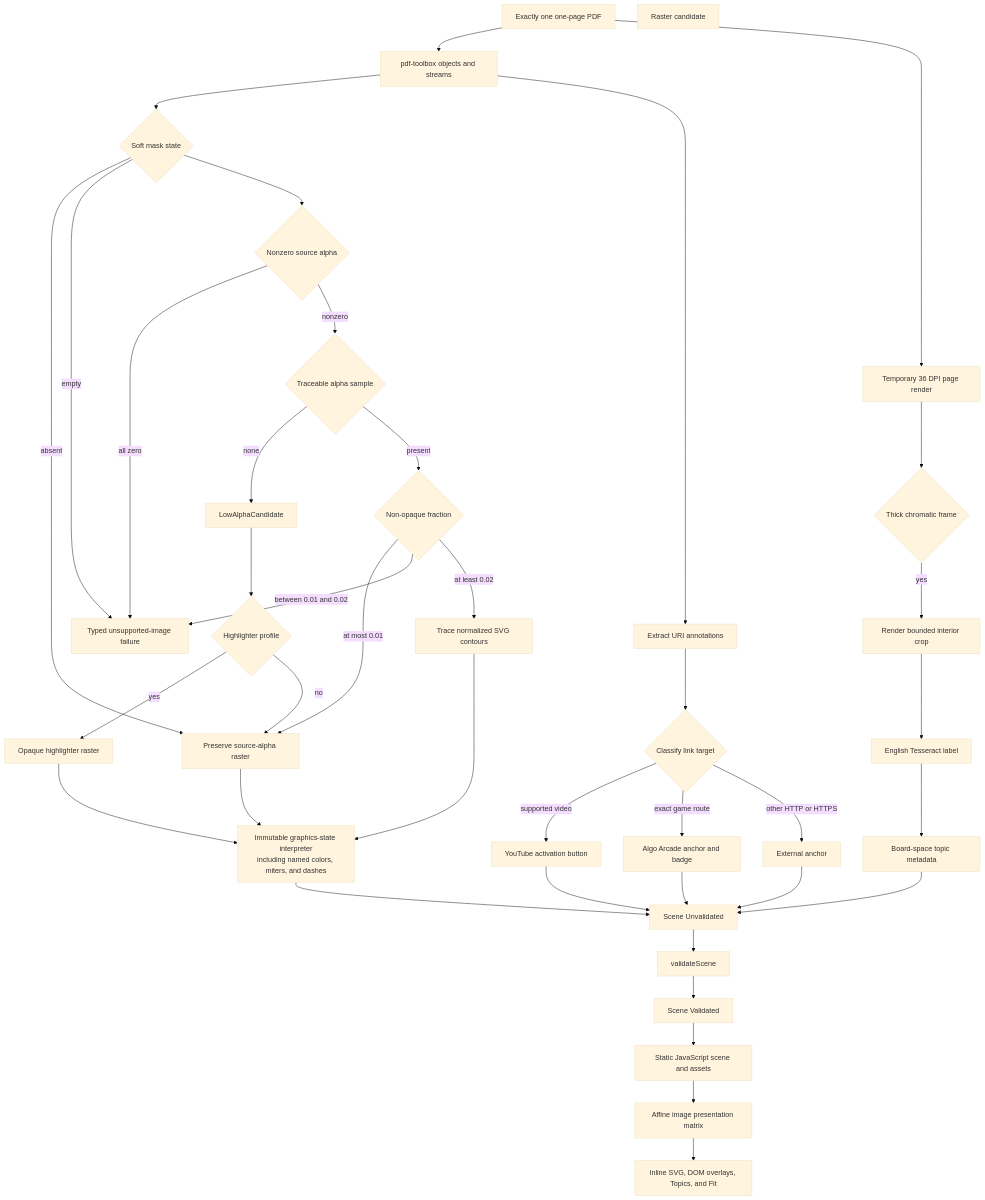
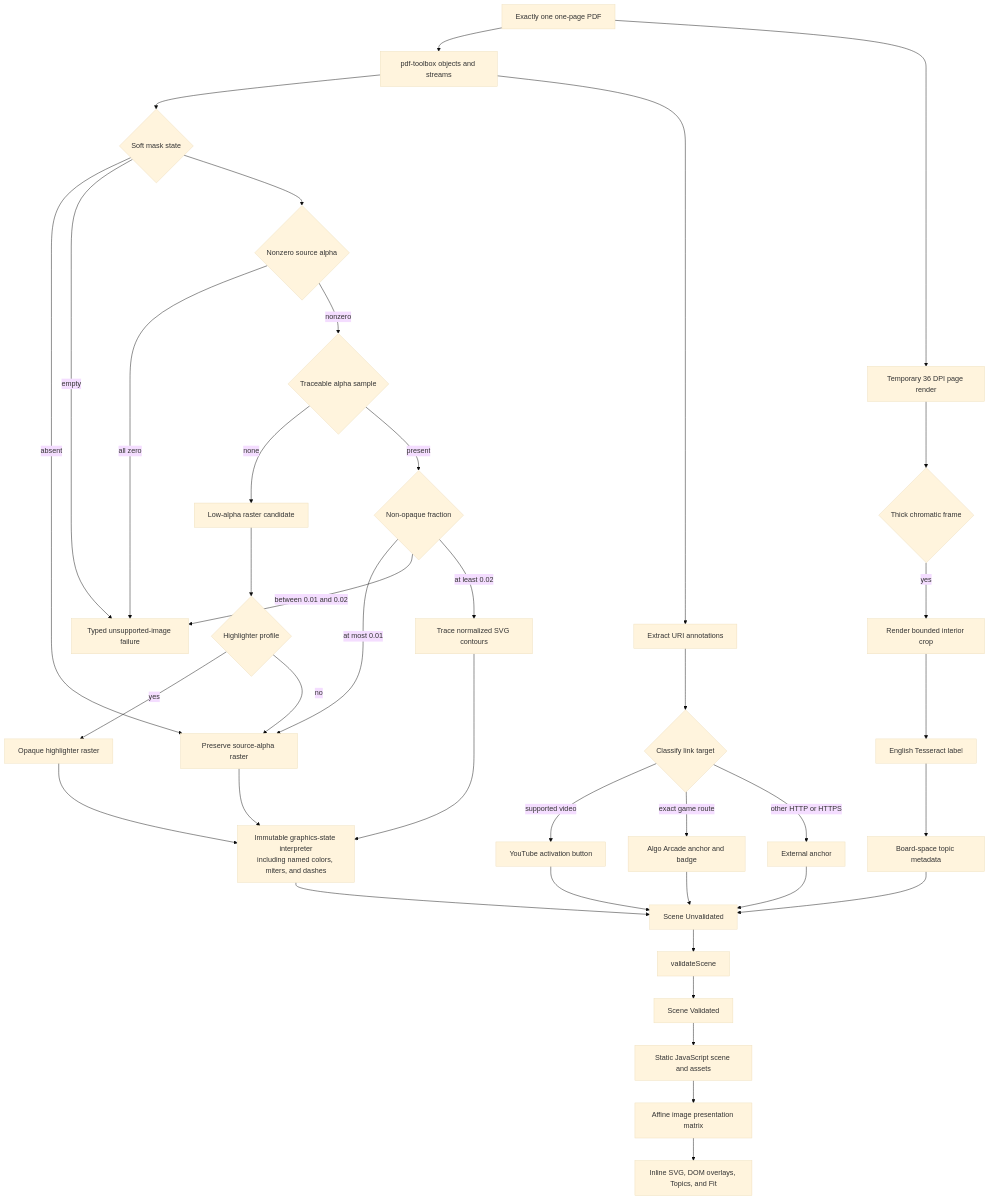
Before and after one commit to bajor/notes-website-factory: the third of 3 diagrams in docs/architecture.md, drawn with Mermaid (base theme). The commit also changed 9 other files, not shown here.

````diff
--- a/docs/architecture.md
+++ b/docs/architecture.md
@@ -81,60 +81,60 @@
 ```mermaid
 flowchart TD
   Input[Exactly one one-page PDF]
   Parse[pdf-toolbox objects and streams]
   Mask{Soft mask state}
   SourceAlpha{Nonzero source alpha}
   Traceable{Traceable alpha sample}
   Fraction{Non-opaque fraction}
-  RasterCandidate[Raster candidate]
+  LowAlphaCandidate[Low-alpha raster candidate]
   Highlighter{Highlighter profile}
   Raster[Preserve source-alpha raster]
   OpaqueMarker[Opaque highlighter raster]
   Vector[Trace normalized SVG contours]
   Reject[Typed unsupported-image failure]
   Links[Extract URI annotations]
   DetectRender[Temporary 36 DPI page render]
   Frame{Thick chromatic frame}
   Crop[Render bounded interior crop]
   OCR[English Tesseract label]
   Topic[Board-space topic metadata]
   Target{Classify link target}
   YouTube[YouTube activation button]
   Game[Algo Arcade anchor and badge]
   External[External anchor]
   Interpret[Immutable graphics-state interpreter<br/>including named colors, miters, and dashes]
   Raw[Scene Unvalidated]
   Validate[validateScene]
   Valid[Scene Validated]
   Emit[Static JavaScript scene and assets]
   Affine[Affine image presentation matrix]
   Browser[Inline SVG, DOM overlays, Topics, and Fit]
 
   Input --> Parse --> Mask
   Input --> DetectRender --> Frame
   Frame -->|yes| Crop --> OCR --> Topic
   Parse --> Links --> Target
   Mask -->|absent| Raster
   Mask -->|empty| Reject
   Mask --> SourceAlpha
   SourceAlpha -->|all zero| Reject
   SourceAlpha -->|nonzero| Traceable
   Traceable -->|none| LowAlphaCandidate
   Traceable -->|present| Fraction
   Fraction -->|at most 0.01| Raster
   Fraction -->|between 0.01 and 0.02| Reject
   Fraction -->|at least 0.02| Vector
   Target -->|supported video| YouTube
   Target -->|exact game route| Game
   Target -->|other HTTP or HTTPS| External
   LowAlphaCandidate --> Highlighter
   Highlighter -->|yes| OpaqueMarker --> Interpret
   Highlighter -->|no| Raster --> Interpret
   Vector --> Interpret
   Interpret --> Raw
   YouTube --> Raw
   Game --> Raw
   External --> Raw
   Topic --> Raw
   Raw --> Validate --> Valid --> Emit --> Affine --> Browser
 ```
````
